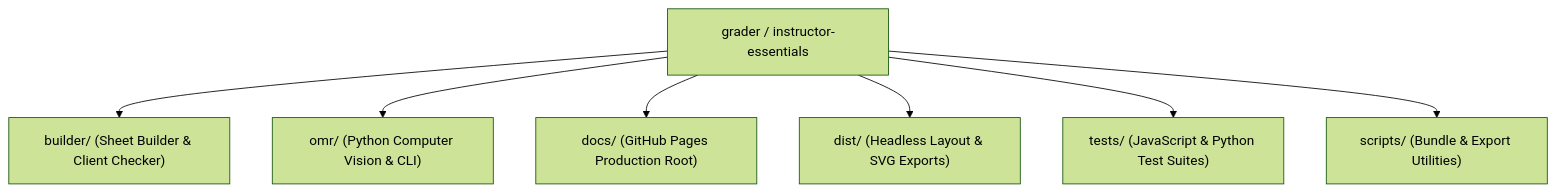
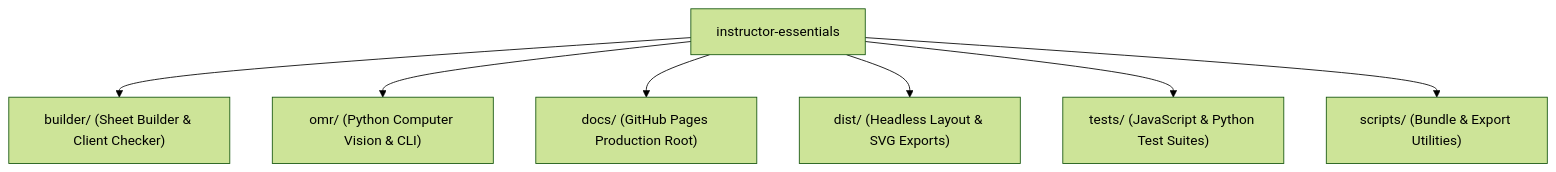
Before and after one commit to philsumabat/instructor-essentials: the second of 4 diagrams in DECISIONS.md, drawn with Mermaid (forest theme). The commit also changed other lines of this file and 38 other files, not shown here.

Commit message:
feat: rebrand to Instructor Essentials, secure GitHub Pages, and harden OMR suite

````diff
--- a/DECISIONS.md
+++ b/DECISIONS.md
@@ -62,10 +62,10 @@
 ```mermaid
 graph TD
-    ROOT["grader / instructor-essentials"]
+    ROOT["instructor-essentials"]
     ROOT --> BUILDER["builder/ (Sheet Builder & Client Checker)"]
     ROOT --> OMR_PKG["omr/ (Python Computer Vision & CLI)"]
     ROOT --> DOCS["docs/ (GitHub Pages Production Root)"]
     ROOT --> DIST["dist/ (Headless Layout & SVG Exports)"]
     ROOT --> TESTS["tests/ (JavaScript & Python Test Suites)"]
     ROOT --> SCRIPTS["scripts/ (Bundle & Export Utilities)"]
 ```
````
